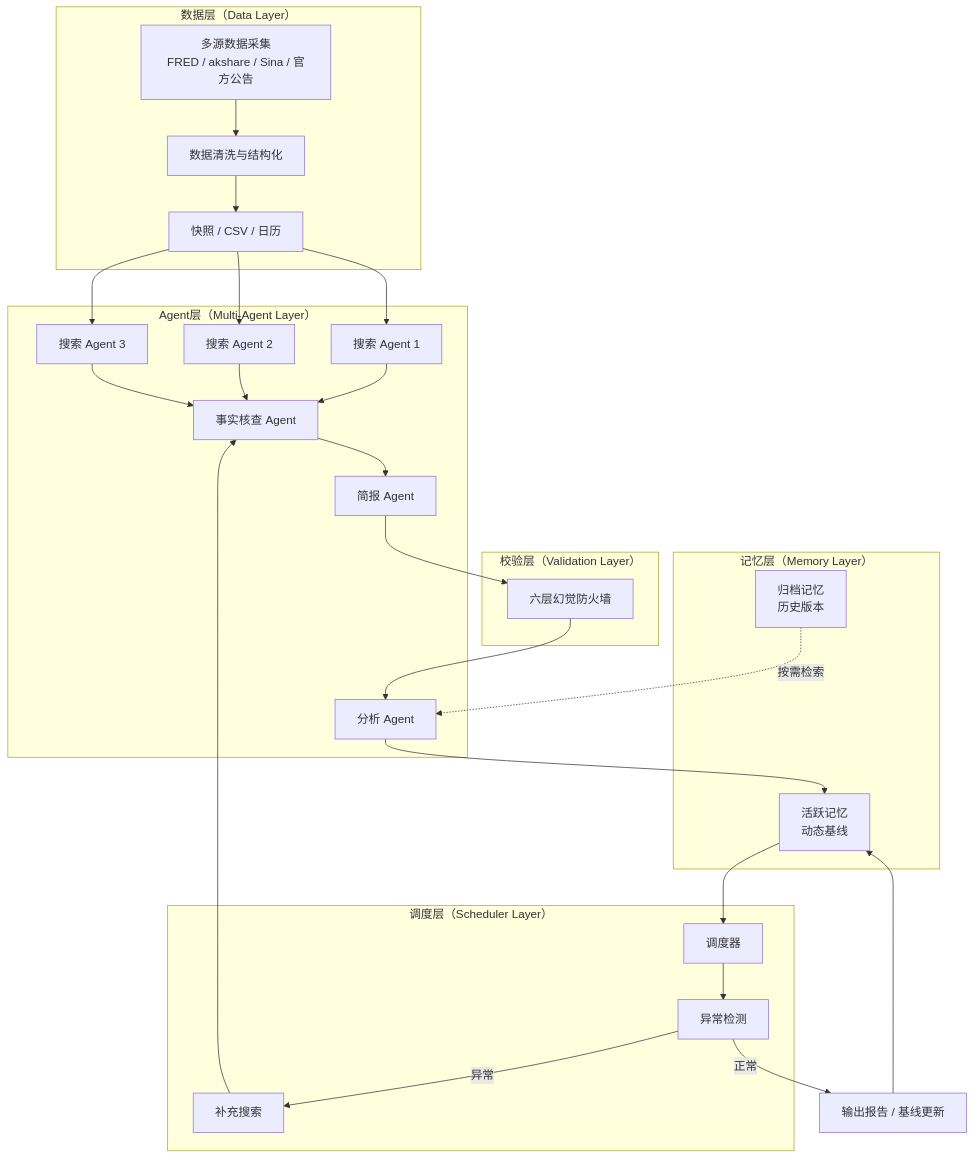
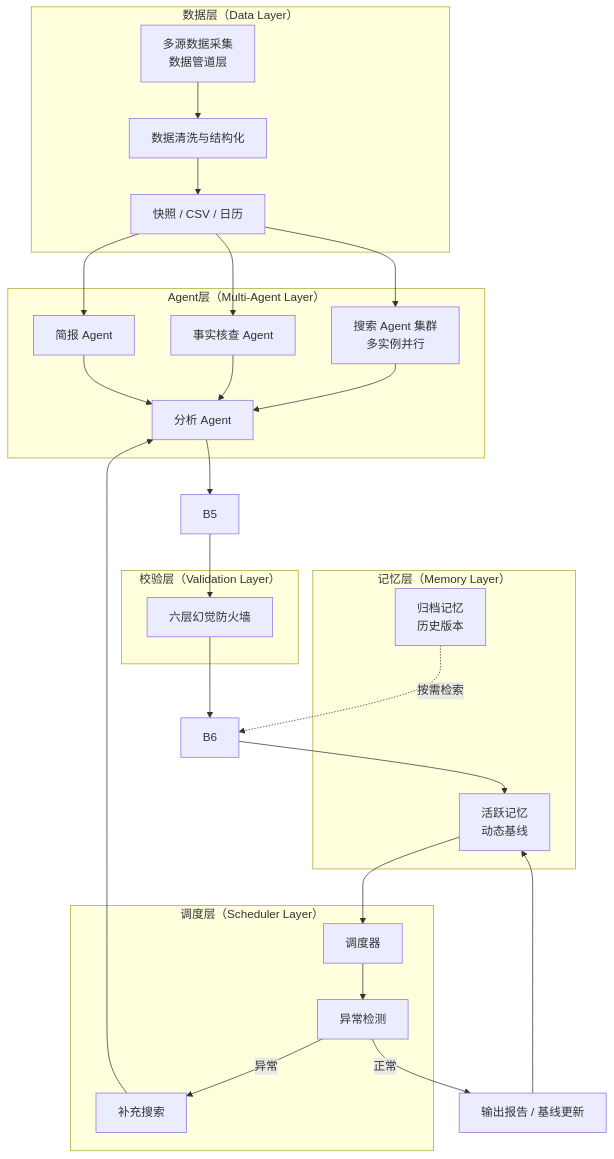
The diagram in README.md (JunpengJ/llm-macro-agent), drawn with Mermaid before and after one commit.

Commit message:
渲染流程图脱敏处理

````diff
--- a/README.md
+++ b/README.md
@@ -16,47 +16,45 @@
 ```mermaid
 flowchart TD
     subgraph 数据层["数据层（Data Layer）"]
-        A1[多源数据采集<br/>FRED / akshare / Sina / 官方公告]
+        A1[多源数据采集<br/>数据管道层]
         A2[数据清洗与结构化]
         A3[快照 / CSV / 日历]
         A1 --> A2 --> A3
     end
 
     subgraph Agent层["Agent层（Multi-Agent Layer）"]
-        B1[搜索 Agent 1]
-        B2[搜索 Agent 2]
-        B3[搜索 Agent 3]
-        B4[事实核查 Agent]
-        B5[简报 Agent]
-        B6[分析 Agent]
+        B1[搜索 Agent 集群<br/>多实例并行]
+        B2[事实核查 Agent]
+        B3[简报 Agent]
+        B4[分析 Agent]
     end
 
     subgraph 校验层["校验层（Validation Layer）"]
         C1[六层幻觉防火墙]
     end
 
     subgraph 记忆层["记忆层（Memory Layer）"]
         D1[活跃记忆<br/>动态基线]
         D2[归档记忆<br/>历史版本]
     end
 
     subgraph 调度层["调度层（Scheduler Layer）"]
         E1[调度器]
         E2[异常检测]
         E3[补充搜索]
     end
 
     A3 --> B1 & B2 & B3
     B1 & B2 & B3 --> B4
     B4 --> B5
     B5 --> C1
     C1 --> B6
     B6 --> D1
     D1 --> E1
     E1 --> E2
     E2 -->|异常| E3
     E3 --> B4
     E2 -->|正常| F[输出报告 / 基线更新]
     D2 -.按需检索.-> B6
     F --> D1
 ```
````
